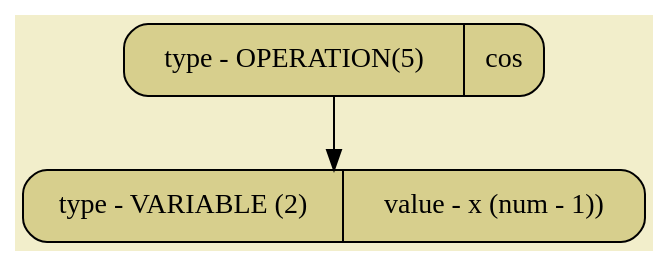
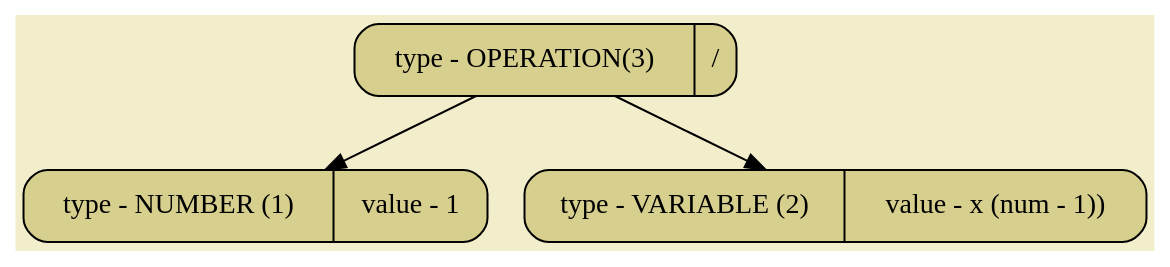
The diagram in all_dumps/pictures/image03.dot (SashaKhaytina/Differenciator), drawn with Graphviz before and after one commit. The commit also changed 28 other files, not shown here.

```diff
--- a/all_dumps/pictures/image03.dot
+++ b/all_dumps/pictures/image03.dot
@@ -1,8 +1,10 @@
 digraph
 {
 bgcolor="#F2EECB";
 rankdir = TB;
-POINT_0x64d470c4ee60[shape=Mrecord, label = "type - OPERATION(5) | cos", style="filled",fillcolor="#D7CF8D"]
-POINT_0x64d470c4eda0[shape=Mrecord, label = "type - VARIABLE (2) | value - x (num - 1))", style="filled",fillcolor="#D7CF8D"]
-POINT_0x64d470c4ee60 -> POINT_0x64d470c4eda0
+POINT_0x55c3e3101820[shape=Mrecord, label = "type - OPERATION(3) | /", style="filled",fillcolor="#D7CF8D"]
+POINT_0x55c3e31017f0[shape=Mrecord, label = "type - NUMBER (1) | value - 1", style="filled",fillcolor="#D7CF8D"]
+POINT_0x55c3e31017c0[shape=Mrecord, label = "type - VARIABLE (2) | value - x (num - 1))", style="filled",fillcolor="#D7CF8D"]
+POINT_0x55c3e3101820 -> POINT_0x55c3e31017f0
+POINT_0x55c3e3101820 -> POINT_0x55c3e31017c0
 }
```
